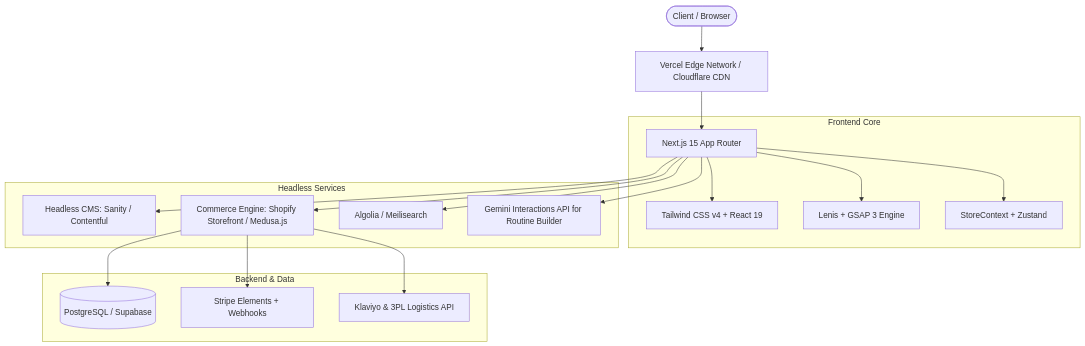
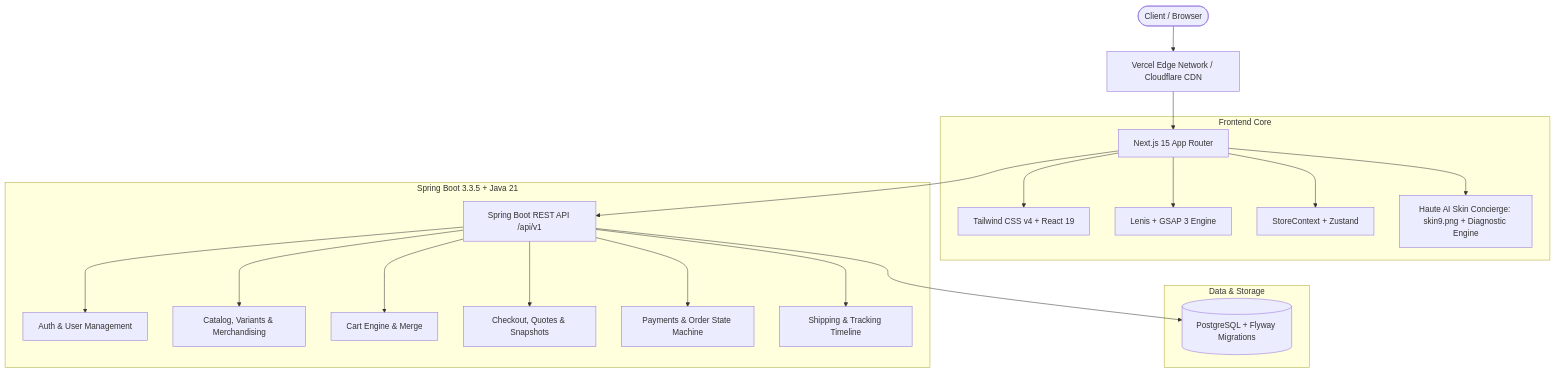
Before and after one commit to rasikakudale90/Elanor: the diagram in technical-depth.md, drawn with Mermaid. The commit also changed other lines of this file and 2 other files, not shown here.

Commit message:
docs: sync repo-memory, progress.md, and technical-depth.md with AI Concierge delivery

````diff
--- a/technical-depth.md
+++ b/technical-depth.md
@@ -10,24 +11,26 @@
 ```mermaid
 graph TD
     User([Client / Browser]) --> Edge[Vercel Edge Network / Cloudflare CDN]
     Edge --> AppRouter[Next.js 15 App Router]
     
     subgraph Frontend Core
         AppRouter --> UI[Tailwind CSS v4 + React 19]
         AppRouter --> Motion[Lenis + GSAP 3 Engine]
         AppRouter --> ClientState[StoreContext + Zustand]
+        AppRouter --> AI_Concierge[Haute AI Skin Concierge: skin9.png + Diagnostic Engine]
     end
     
-    subgraph Headless Services
-        AppRouter --> CMS[Headless CMS: Sanity / Contentful]
-        AppRouter --> CommerceAPI[Commerce Engine: Shopify Storefront / Medusa.js]
-        AppRouter --> SearchEngine[Algolia / Meilisearch]
-        AppRouter --> AI_Engine[Gemini Interactions API for Routine Builder]
+    subgraph Backend Modular Monolith [Spring Boot 3.3.5 + Java 21]
+        AppRouter --> REST_API[Spring Boot REST API /api/v1]
+        REST_API --> AuthModule[Auth & User Management]
+        REST_API --> CatalogModule[Catalog, Variants & Merchandising]
+        REST_API --> CartModule[Cart Engine & Merge]
+        REST_API --> CheckoutModule[Checkout, Quotes & Snapshots]
+        REST_API --> PaymentModule[Payments & Order State Machine]
+        REST_API --> ShippingModule[Shipping & Tracking Timeline]
     end
 
-    subgraph Backend & Data
-        CommerceAPI --> DB[(PostgreSQL / Supabase)]
-        CommerceAPI --> Stripe[Stripe Elements + Webhooks]
-        CommerceAPI --> Fulfillment[Klaviyo & 3PL Logistics API]
+    subgraph Data & Storage
+        REST_API --> DB[(PostgreSQL + Flyway Migrations)]
     end
 ```
````
